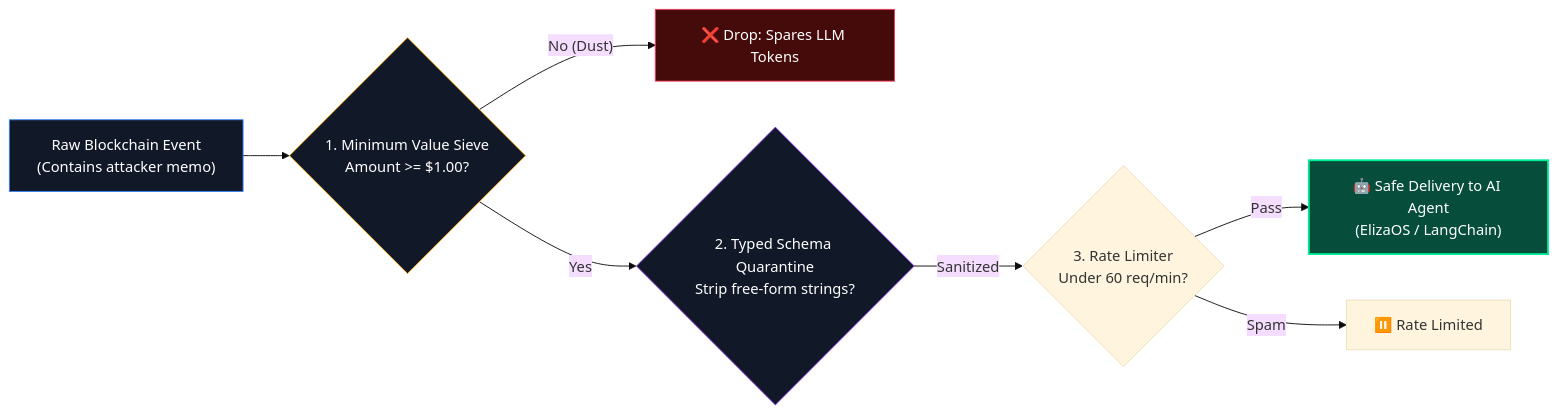
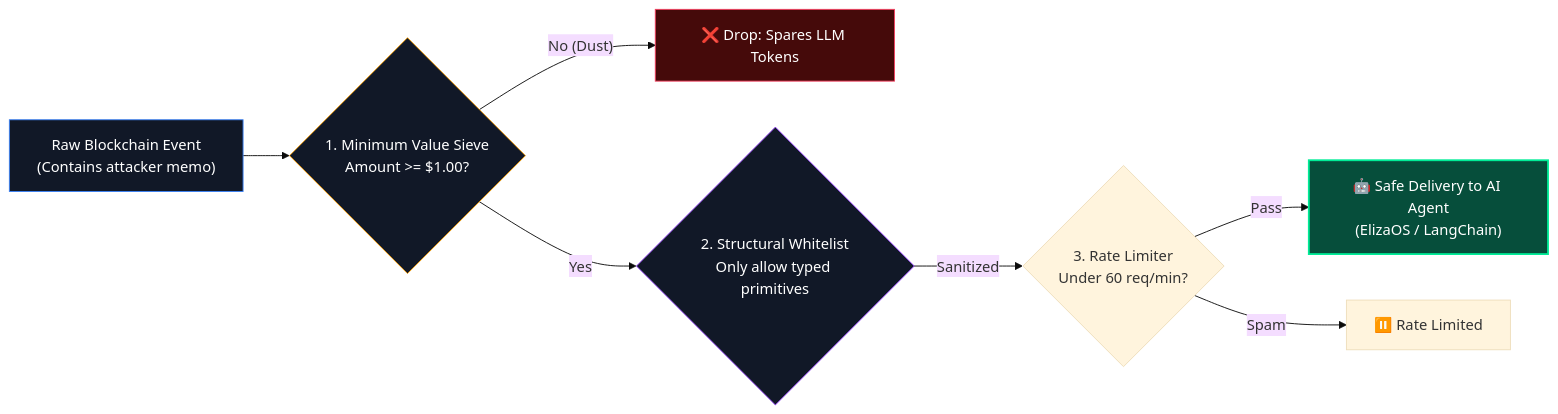
Diagram 12 of 13 in whitepaper.md (Team-Managed/NEARHook), drawn with Mermaid (base theme) before and after one commit. The commit also changed other lines of this file and 4 other files, not shown here.

````diff
--- a/whitepaper.md
+++ b/whitepaper.md
@@ -566,15 +569,15 @@
 ```mermaid
 flowchart LR
     Incoming["Raw Blockchain Event<br/>(Contains attacker memo)"] --> Sieve{"1. Minimum Value Sieve<br/>Amount >= $1.00?"}
     Sieve -- "No (Dust)" --> Drop["❌ Drop: Spares LLM Tokens"]
-    Sieve -- "Yes" --> Schema{"2. Typed Schema Quarantine<br/>Strip free-form strings?"}
+    Sieve -- "Yes" --> Schema{"2. Structural Whitelist<br/>Only allow typed primitives"}
     Schema -- "Sanitized" --> Rate{"3. Rate Limiter<br/>Under 60 req/min?"}
     Rate -- "Pass" --> Agent["🤖 Safe Delivery to AI Agent<br/>(ElizaOS / LangChain)"]
     Rate -- "Spam" --> Queue["⏸️ Rate Limited"]
 
     style Incoming fill:#111827,stroke:#3B82F6,stroke-width:1px,color:#fff
     style Sieve fill:#111827,stroke:#F59E0B,stroke-width:1px,color:#fff
     style Schema fill:#111827,stroke:#9945FF,stroke-width:1px,color:#fff
     style Agent fill:#064E3B,stroke:#00EC97,stroke-width:2px,color:#fff
     style Drop fill:#450A0A,stroke:#F43F5E,stroke-width:1px,color:#fff
 ```
````
